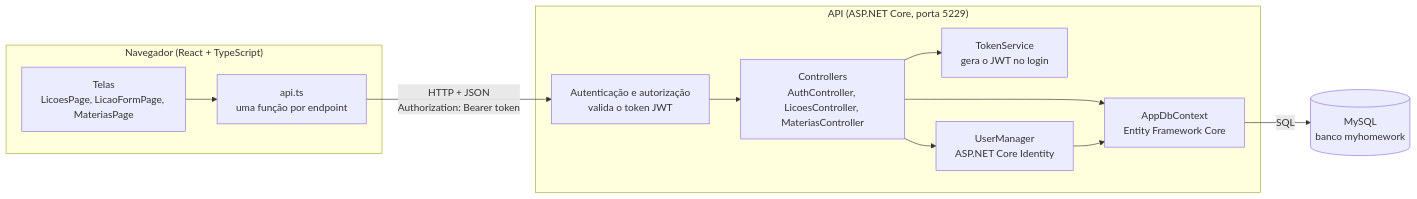
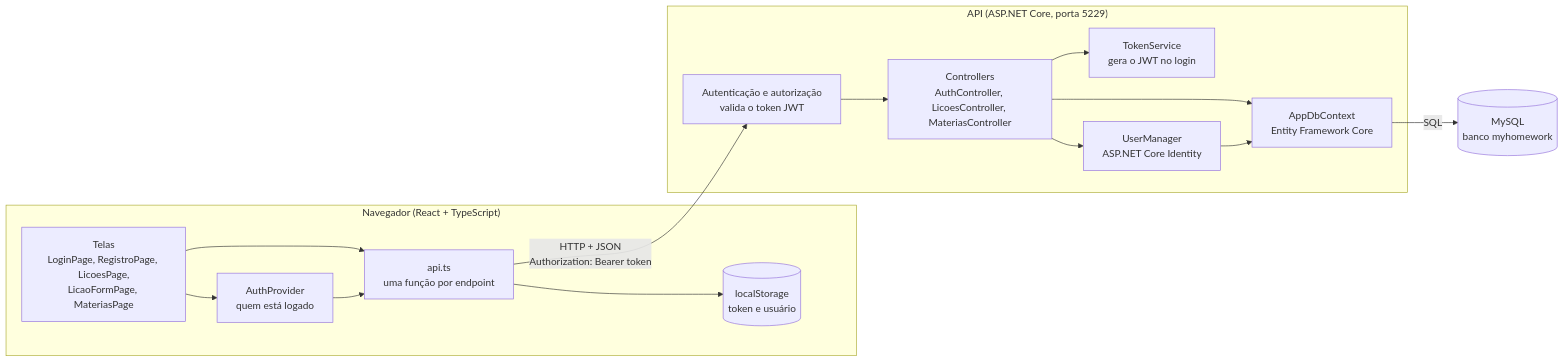
Before and after one commit to bfabbio90/Licao-em-Dia: the first of 2 diagrams in README.md, drawn with Mermaid. The commit also changed other lines of this file, not shown here.

````diff
--- a/README.md
+++ b/README.md
@@ -79,26 +79,31 @@
 ```mermaid
 flowchart LR
     subgraph Navegador["Navegador (React + TypeScript)"]
-        Telas["Telas<br/>LicoesPage, LicaoFormPage, MateriasPage"]
+        Telas["Telas<br/>LoginPage, RegistroPage, LicoesPage,<br/>LicaoFormPage, MateriasPage"]
+        AuthCtx["AuthProvider<br/>quem está logado"]
         Api["api.ts<br/>uma função por endpoint"]
+        Sessao[("localStorage<br/>token e usuário")]
+        Telas --> AuthCtx
         Telas --> Api
+        AuthCtx --> Api
+        Api --> Sessao
     end
 
     subgraph Servidor["API (ASP.NET Core, porta 5229)"]
         Auth["Autenticação e autorização<br/>valida o token JWT"]
         Controllers["Controllers<br/>AuthController, LicoesController, MateriasController"]
         Token["TokenService<br/>gera o JWT no login"]
         Identity["UserManager<br/>ASP.NET Core Identity"]
         Contexto["AppDbContext<br/>Entity Framework Core"]
         Auth --> Controllers
         Controllers --> Token
         Controllers --> Identity
         Controllers --> Contexto
         Identity --> Contexto
     end
 
     Banco[("MySQL<br/>banco myhomework")]
 
     Api -- "HTTP + JSON<br/>Authorization: Bearer token" --> Auth
     Contexto -- "SQL" --> Banco
 ```
````
